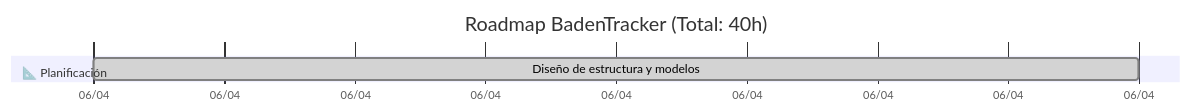
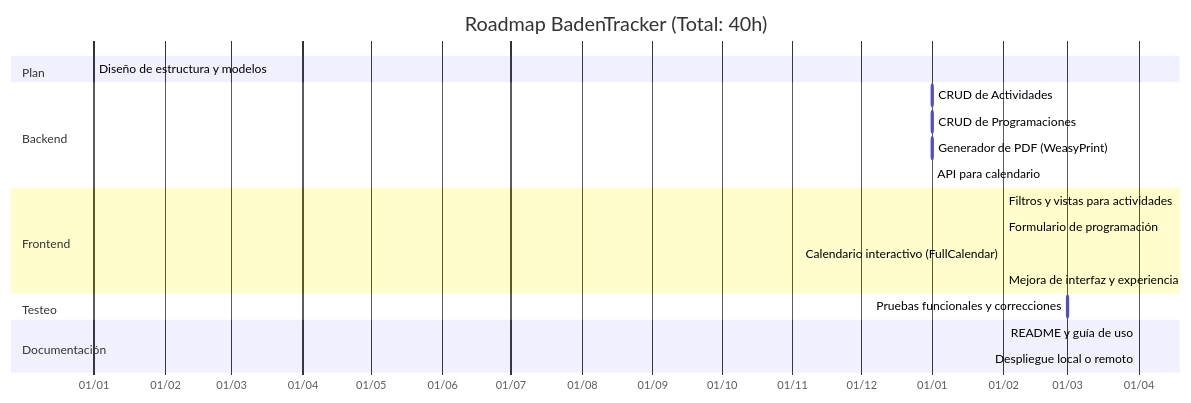
Before and after one commit to Covija97/BadenTracker: the diagram in .info/roadmap.md, drawn with Mermaid.

Commit message:
Refactor roadmap.md to update sections and improve task organization

````diff
--- a/.info/roadmap.md
+++ b/.info/roadmap.md
@@ -3,11 +3,30 @@
 ```mermaid
 gantt
     title Roadmap BadenTracker (Total: 40h)
     dateFormat  YYYY-MM-DD
     axisFormat  %d/%m
 
-    section 📐 Planificación
-    Diseño de estructura y modelos         :done, plan1, 2025-04-06, 4h
+    section Plan
+    Diseño de estructura y modelos         :done, plan1, 0, 4h
+
+    section Backend
+    CRUD de Actividades                    :active, back1, 1, 6h
+    CRUD de Programaciones                 :back2, 1, 6h
+    Generador de PDF (WeasyPrint)         :back3, 1, 5h
+    API para calendario                    :back4, 1, 2h
+
+    section Frontend
+    Filtros y vistas para actividades      :front1, 2, 2h
+    Formulario de programación             :front2, 2, 2h
+    Calendario interactivo (FullCalendar) :front3, 2, 4h
+    Mejora de interfaz y experiencia       :front4, 2, 2h
+
+    section Testeo
+    Pruebas funcionales y correcciones     :test1, 3, 4h
+
+    section Documentación
+    README y guía de uso                   :doc1, 4, 2h
+    Despliegue local o remoto              :doc2, 4, 3h
 
 
 ```
````
